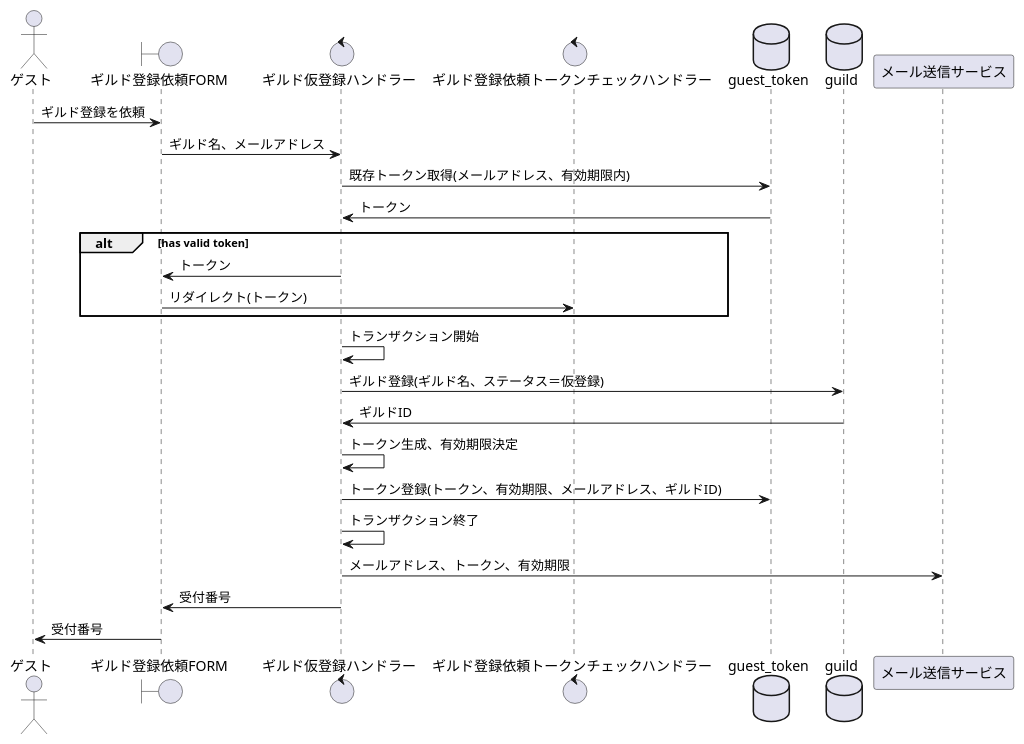
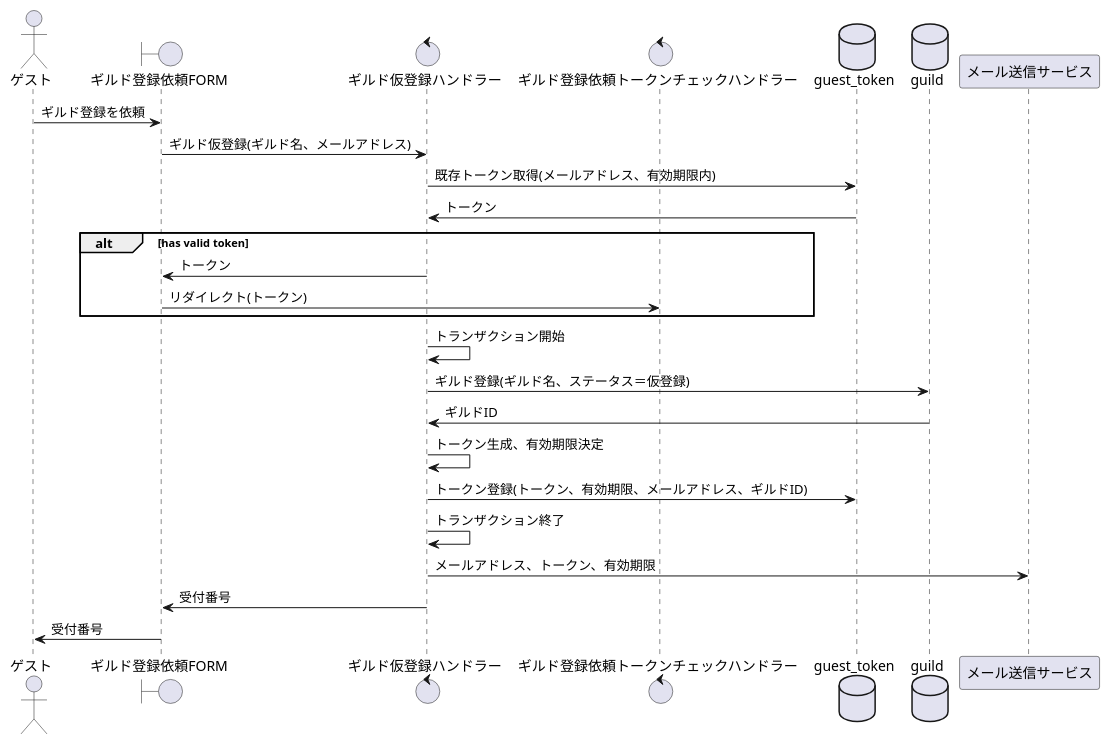
One commit to sky0621/familiagildo changed the diagram in design/sequence/001_ギルド登録を依頼（仮登録）する.puml. Above: the diagram before and after it, drawn with PlantUML. The commit also changed 1 other file, not shown here.

```diff
--- a/design/sequence/001_ギルド登録を依頼（仮登録）する.puml
+++ b/design/sequence/001_ギルド登録を依頼（仮登録）する.puml
@@ -1,29 +1,29 @@
 @startuml
 
 actor ゲスト as guest
 boundary ギルド登録依頼FORM as form
 control ギルド仮登録ハンドラー as handler
 control ギルド登録依頼トークンチェックハンドラー as handler2
 database guest_token
 database guild
 participant メール送信サービス as mail
 
 guest -> form:ギルド登録を依頼
-form -> handler:ギルド名、メールアドレス
+form -> handler:ギルド仮登録(ギルド名、メールアドレス)
 handler -> guest_token:既存トークン取得(メールアドレス、有効期限内)
 guest_token -> handler:トークン
 alt has valid token
 handler -> form:トークン
 form -> handler2:リダイレクト(トークン)
 end
 handler -> handler:トランザクション開始
 handler -> guild:ギルド登録(ギルド名、ステータス＝仮登録)
 guild -> handler:ギルドID
 handler -> handler:トークン生成、有効期限決定
 handler -> guest_token:トークン登録(トークン、有効期限、メールアドレス、ギルドID)
 handler -> handler:トランザクション終了
 handler -> mail:メールアドレス、トークン、有効期限
 handler -> form:受付番号
 form -> guest:受付番号
 
 @enduml
```
